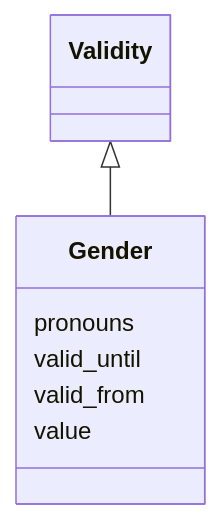
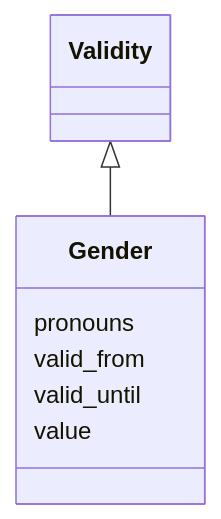
Before and after one commit to swiss/political-affairs-ech-group: the diagram in ech-0294_actors/output/docs/Gender.md, drawn with Mermaid. The commit also changed other lines of this file and 35 other files, not shown here.

````diff
--- a/ech-0294_actors/output/docs/Gender.md
+++ b/ech-0294_actors/output/docs/Gender.md
@@ -13,17 +13,17 @@
 ```mermaid
  classDiagram
     class Gender
     click Gender href "../Gender/"
       Validity <|-- Gender
         click Validity href "../Validity/"
       
       Gender : pronouns
         
+      Gender : valid_from
+        
       Gender : valid_until
-        
-      Gender : valid_from
         
       Gender : value
         
       
 ```
````
